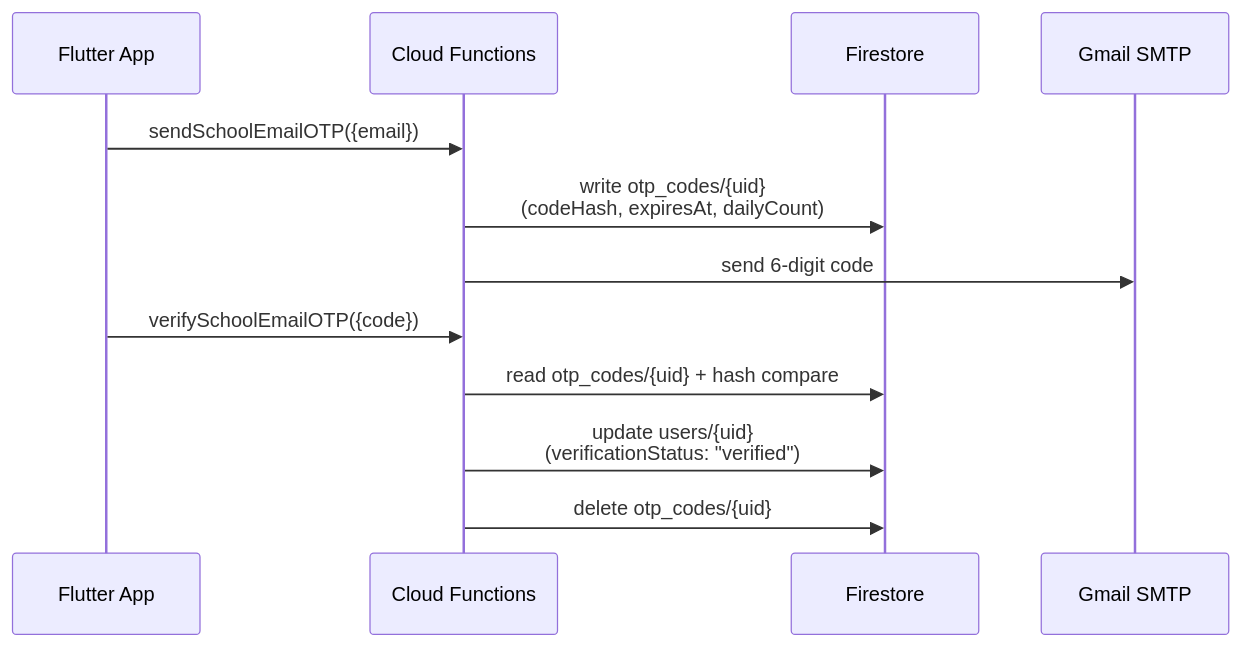
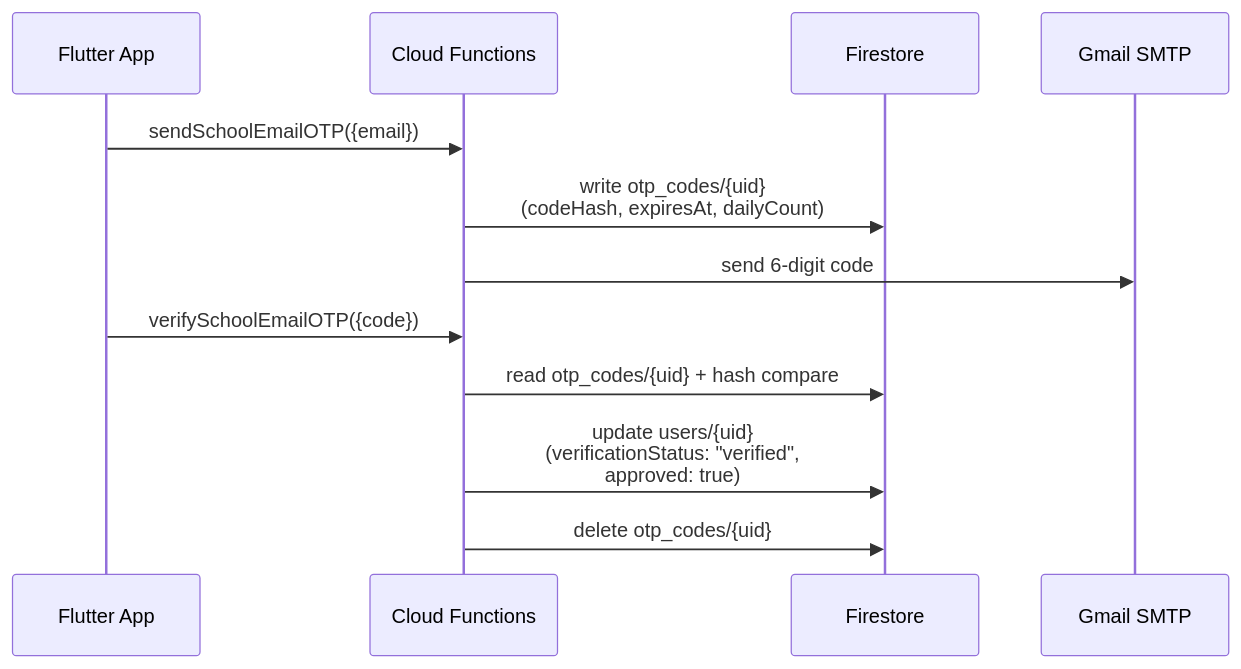
The third of 3 diagrams in docs/guides/account-and-access_en.md (Monkshark/hansol_hs_flutter_app), drawn with Mermaid before and after one commit. The commit also changed other lines of this file and 5 other files, not shown here.

````diff
--- a/docs/guides/account-and-access_en.md
+++ b/docs/guides/account-and-access_en.md
@@ -95,15 +96,15 @@
 ```mermaid
 sequenceDiagram
     participant App as Flutter App
     participant CF as Cloud Functions
     participant FS as Firestore
     participant Mail as Gmail SMTP
 
     App->>CF: sendSchoolEmailOTP({email})
     CF->>FS: write otp_codes/{uid}<br/>(codeHash, expiresAt, dailyCount)
     CF->>Mail: send 6-digit code
     App->>CF: verifySchoolEmailOTP({code})
     CF->>FS: read otp_codes/{uid} + hash compare
-    CF->>FS: update users/{uid}<br/>(verificationStatus: "verified")
+    CF->>FS: update users/{uid}<br/>(verificationStatus: "verified",<br/>approved: true)
     CF->>FS: delete otp_codes/{uid}
 ```
````
